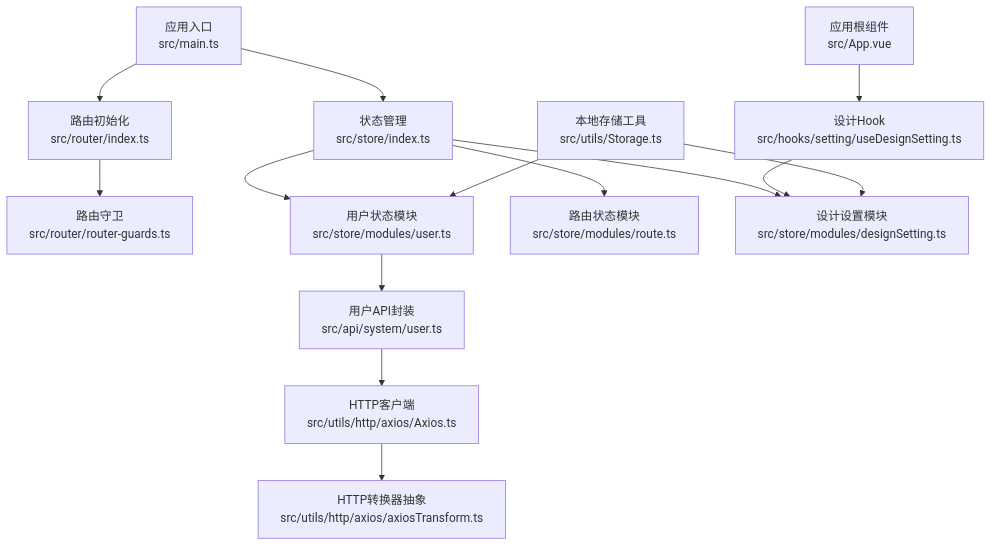
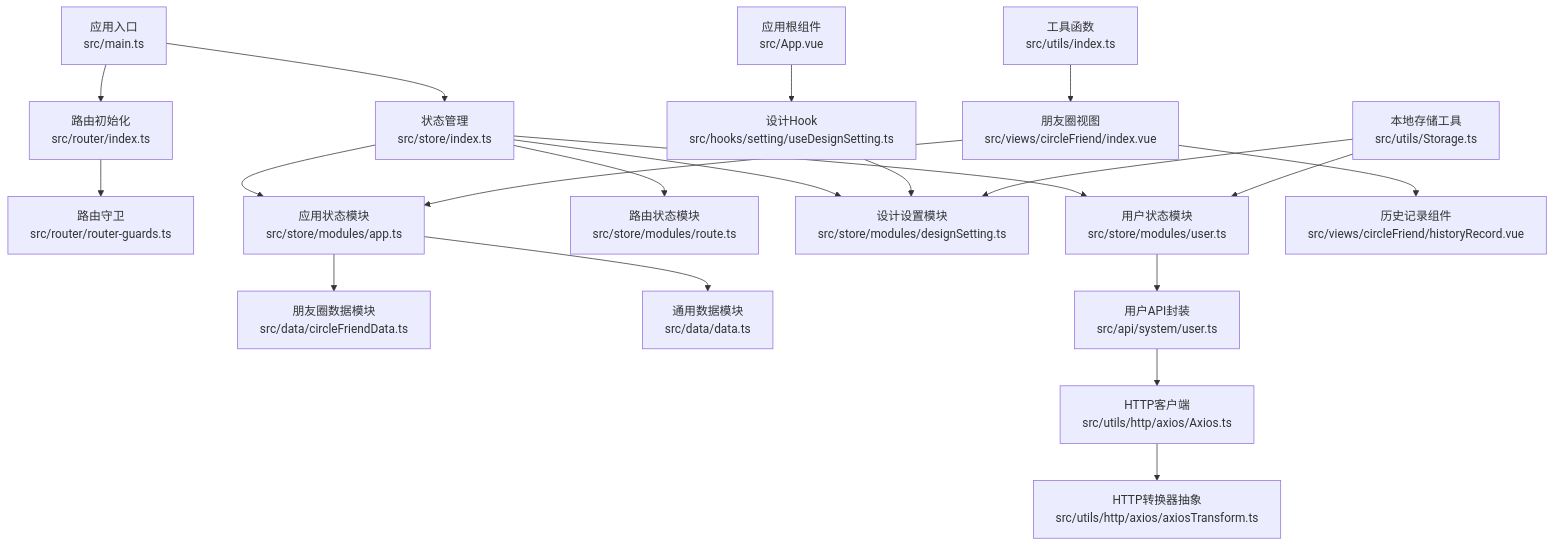
Before and after one commit to giserman001/vue3-vant4-mobile: the first of 11 diagrams in .qoder/repowiki/zh/content/架构设计/数据流设计.md, drawn with Mermaid. The commit also changed other lines of this file and 60 other files, not shown here.

````diff
--- a/.qoder/repowiki/zh/content/架构设计/数据流设计.md
+++ b/.qoder/repowiki/zh/content/架构设计/数据流设计.md
@@ -56,16 +66,22 @@
 ```mermaid
 graph TB
 A["应用入口<br/>src/main.ts"] --> B["状态管理<br/>src/store/index.ts"]
 A --> C["路由初始化<br/>src/router/index.ts"]
 C --> D["路由守卫<br/>src/router/router-guards.ts"]
 B --> E["用户状态模块<br/>src/store/modules/user.ts"]
 B --> F["路由状态模块<br/>src/store/modules/route.ts"]
 B --> G["设计设置模块<br/>src/store/modules/designSetting.ts"]
-E --> H["用户API封装<br/>src/api/system/user.ts"]
-H --> I["HTTP客户端<br/>src/utils/http/axios/Axios.ts"]
-I --> J["HTTP转换器抽象<br/>src/utils/http/axios/axiosTransform.ts"]
-K["设计Hook<br/>src/hooks/setting/useDesignSetting.ts"] --> G
-L["应用根组件<br/>src/App.vue"] --> K
-M["本地存储工具<br/>src/utils/Storage.ts"] --> E
-M --> G
+B --> H["应用状态模块<br/>src/store/modules/app.ts"]
+H --> I["朋友圈数据模块<br/>src/data/circleFriendData.ts"]
+H --> J["通用数据模块<br/>src/data/data.ts"]
+E --> K["用户API封装<br/>src/api/system/user.ts"]
+K --> L["HTTP客户端<br/>src/utils/http/axios/Axios.ts"]
+L --> M["HTTP转换器抽象<br/>src/utils/http/axios/axiosTransform.ts"]
+N["设计Hook<br/>src/hooks/setting/useDesignSetting.ts"] --> G
+O["应用根组件<br/>src/App.vue"] --> N
+P["本地存储工具<br/>src/utils/Storage.ts"] --> E
+P --> G
+Q["朋友圈视图<br/>src/views/circleFriend/index.vue"] --> H
+Q --> R["历史记录组件<br/>src/views/circleFriend/historyRecord.vue"]
+S["工具函数<br/>src/utils/index.ts"] --> Q
 ```
````
